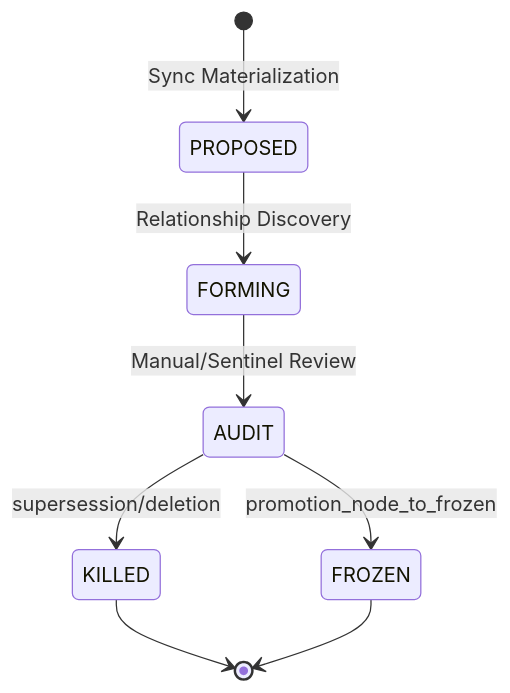
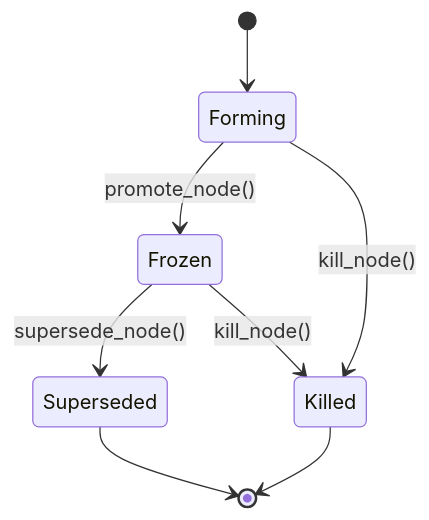
The second of 3 diagrams in MODULE_DEEP_DIVES.md (Chaithu1995-0312/LLMExtractor), drawn with Mermaid before and after one commit. The commit also changed other lines of this file and 10 other files, not shown here.

````diff
--- a/MODULE_DEEP_DIVES.md
+++ b/MODULE_DEEP_DIVES.md
@@ -51,10 +50,10 @@
 ```mermaid
 stateDiagram-v2
-    [*] --> PROPOSED: Sync Materialization
-    PROPOSED --> FORMING: Relationship Discovery
-    FORMING --> AUDIT: Manual/Sentinel Review
-    AUDIT --> FROZEN: promotion_node_to_frozen
-    AUDIT --> KILLED: supersession/deletion
-    KILLED --> [*]
-    FROZEN --> [*]
+    [*] --> Forming
+    Forming --> Frozen: promote_node()
+    Frozen --> Superseded: supersede_node()
+    Frozen --> Killed: kill_node()
+    Forming --> Killed: kill_node()
+    Superseded --> [*]
+    Killed --> [*]
 ```
````
